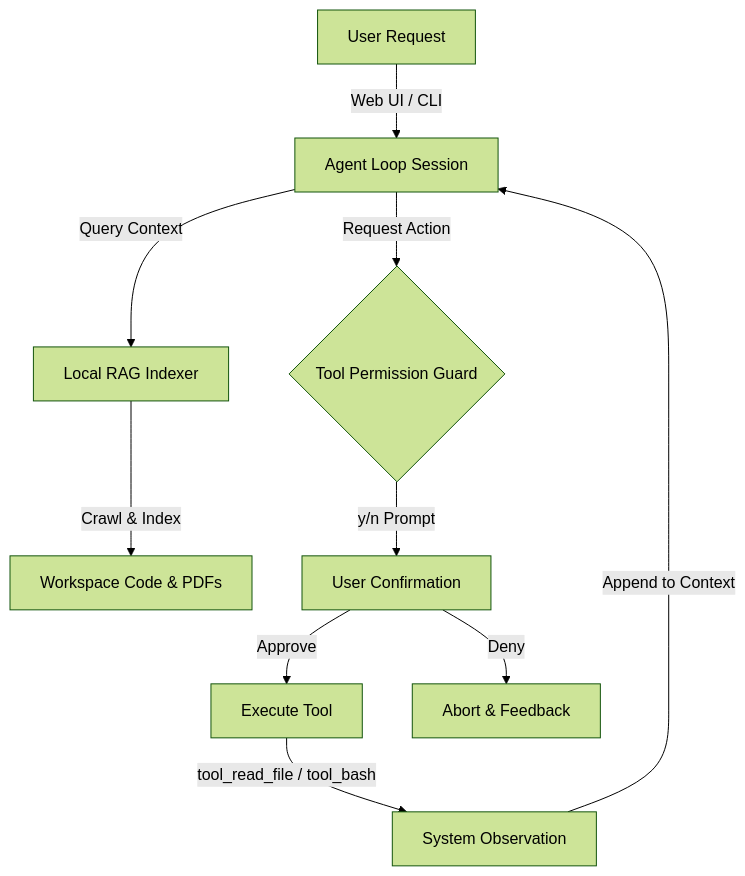
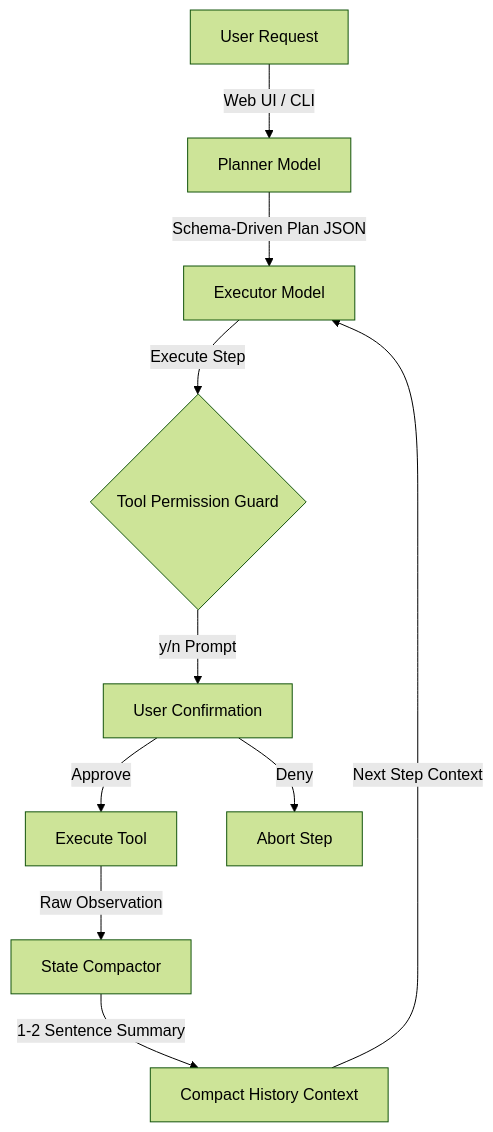
The diagram in README.md (ichhabalsingh/odysseus-lite), drawn with Mermaid (forest theme) before and after one commit. The commit also changed other lines of this file and 1 other file, not shown here.

Commit message:
docs: update README with Schema-Driven Planning, State Compactor, web planner model dropdown, and CLI arguments

````diff
--- a/README.md
+++ b/README.md
@@ -49,12 +51,12 @@
 ```mermaid
 graph TD
-    A[User Request] -->|Web UI / CLI| B[Agent Loop Session]
-    B -->|Query Context| C[Local RAG Indexer]
-    C -->|Crawl & Index| D[Workspace Code & PDFs]
-    B -->|Request Action| E{Tool Permission Guard}
-    E -->|y/n Prompt| F[User Confirmation]
-    F -->|Approve| G[Execute Tool]
-    F -->|Deny| H[Abort & Feedback]
-    G -->|tool_read_file / tool_bash| I[System Observation]
-    I -->|Append to Context| B
+    A[User Request] -->|Web UI / CLI| B[Planner Model]
+    B -->|Schema-Driven Plan JSON| C[Executor Model]
+    C -->|Execute Step| D{Tool Permission Guard}
+    D -->|y/n Prompt| E[User Confirmation]
+    E -->|Approve| F[Execute Tool]
+    E -->|Deny| G[Abort Step]
+    F -->|Raw Observation| H[State Compactor]
+    H -->|1-2 Sentence Summary| I[Compact History Context]
+    I -->|Next Step Context| C
 ```
````
